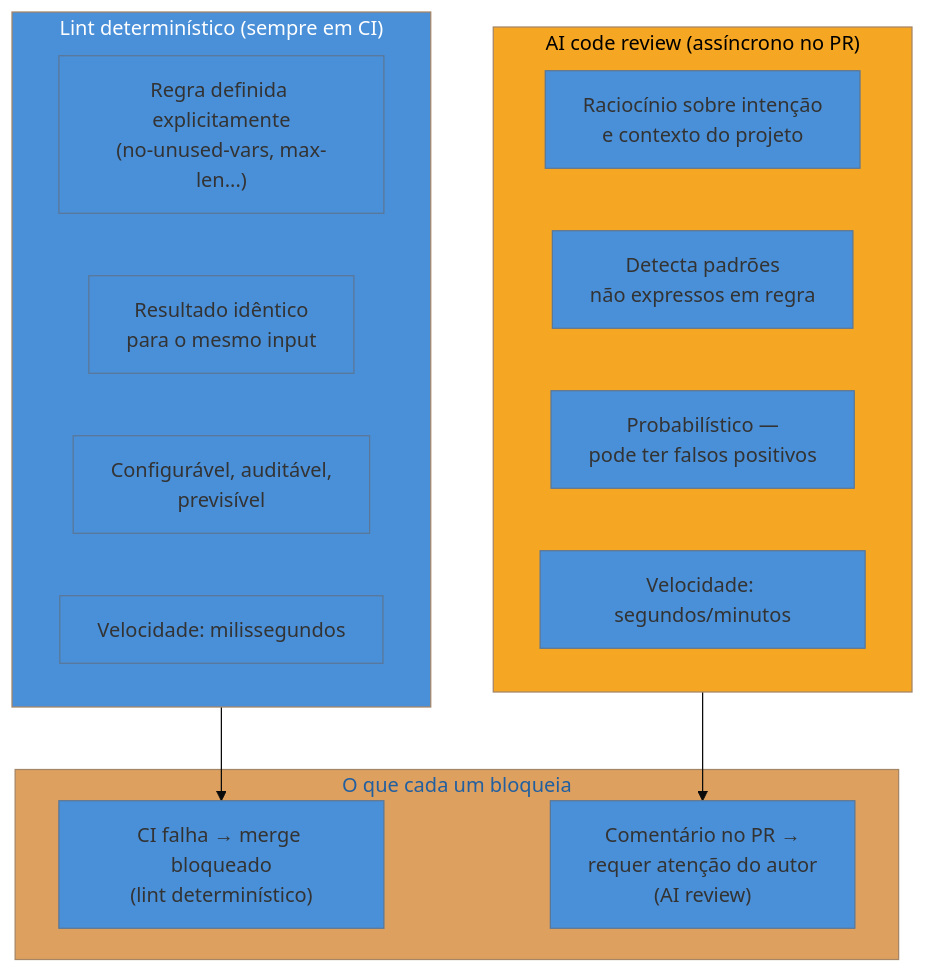
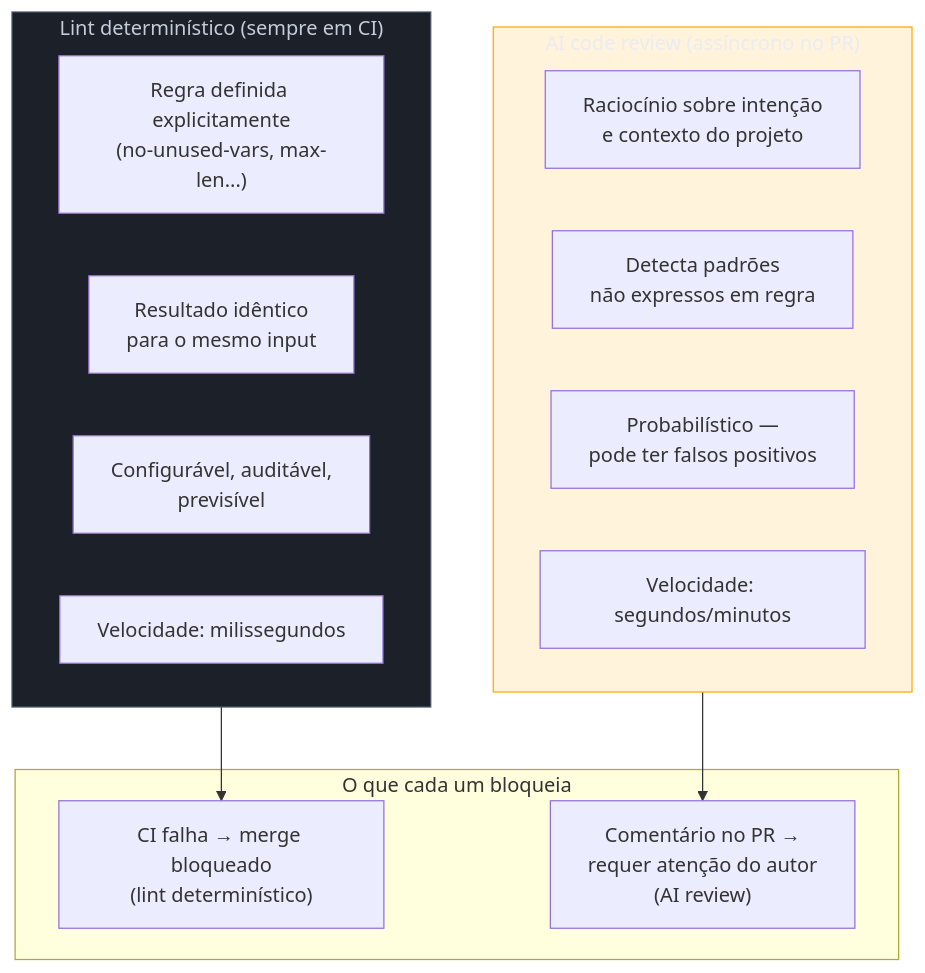
One commit to josenaldo/codex-technomanticus changed the fifth of 7 diagrams in 03-Dominios/Tecnologia/Tooling e Build/25 - IA no tooling e build.md. Above: the diagram before and after it, drawn with Mermaid. The commit also changed other lines of this file and 1181 other files, not shown here.

First line of the commit message:
fix(diagramas): paleta do sistema no lugar de cor cravada no markdown

````diff
--- a/03-Dominios/Tecnologia/Tooling e Build/25 - IA no tooling e build.md
+++ b/03-Dominios/Tecnologia/Tooling e Build/25 - IA no tooling e build.md
@@ -336,28 +337,29 @@
 ```mermaid
-%%{init: {"theme": "base", "themeVariables": {"primaryColor": "#4A90D9"}}}%%
 graph TD
+    classDef neutro fill:#1B2029,stroke:#4E5666,color:#C6CCD8
+    classDef destaque fill:#FFAA0024,stroke:#FFAA00,color:#E9ECF2
     subgraph Det["Lint determinístico (sempre em CI)"]
         L1["Regra definida explicitamente\n(no-unused-vars, max-len...)"]
         L2["Resultado idêntico\npara o mesmo input"]
         L3["Configurável, auditável,\nprevisível"]
         L4["Velocidade: milissegundos"]
     end
 
     subgraph AI["AI code review (assíncrono no PR)"]
         A1["Raciocínio sobre intenção\ne contexto do projeto"]
         A2["Detecta padrões\nnão expressos em regra"]
         A3["Probabilístico —\npode ter falsos positivos"]
         A4["Velocidade: segundos/minutos"]
     end
 
     subgraph Resultado["O que cada um bloqueia"]
         B1["CI falha → merge bloqueado\n(lint determinístico)"]
         B2["Comentário no PR →\nrequer atenção do autor\n(AI review)"]
     end
 
     Det --> B1
     AI --> B2
 
-    style Det fill:#4A90D9,color:#fff
-    style AI fill:#F5A623,color:#000
+    class Det neutro
+    class AI destaque
 ```
````
